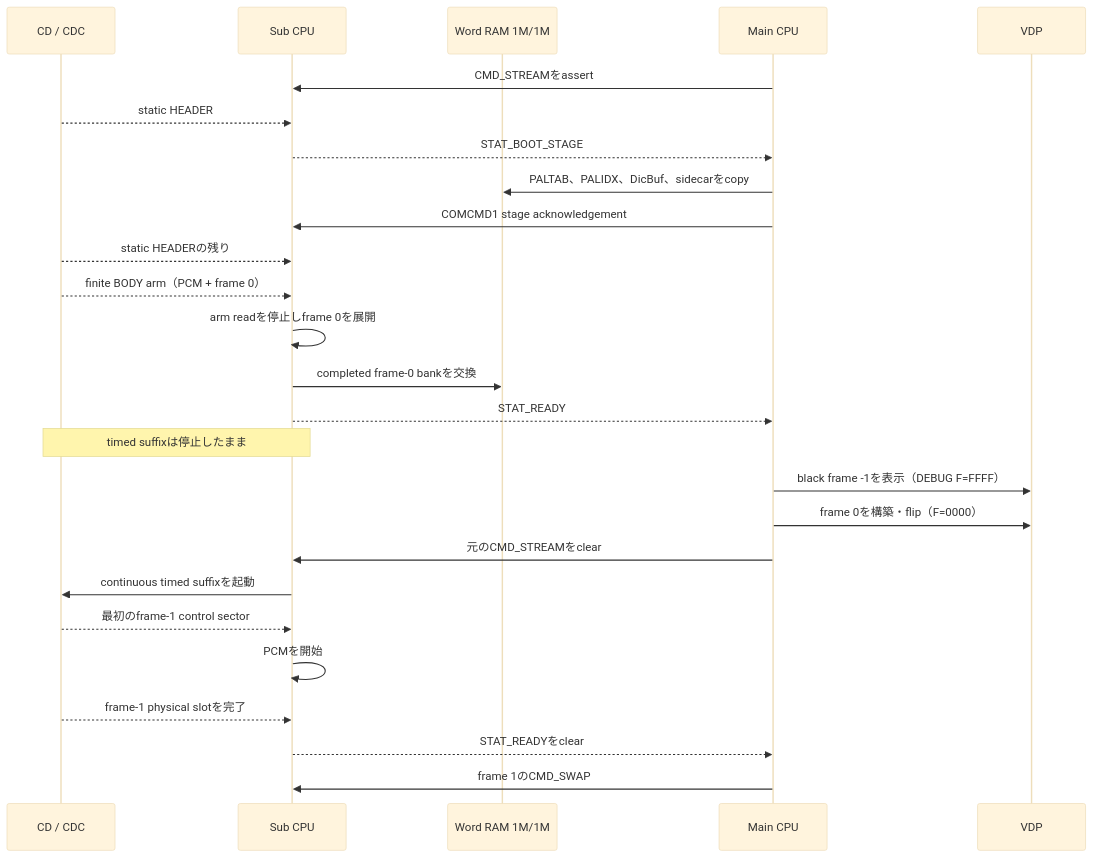
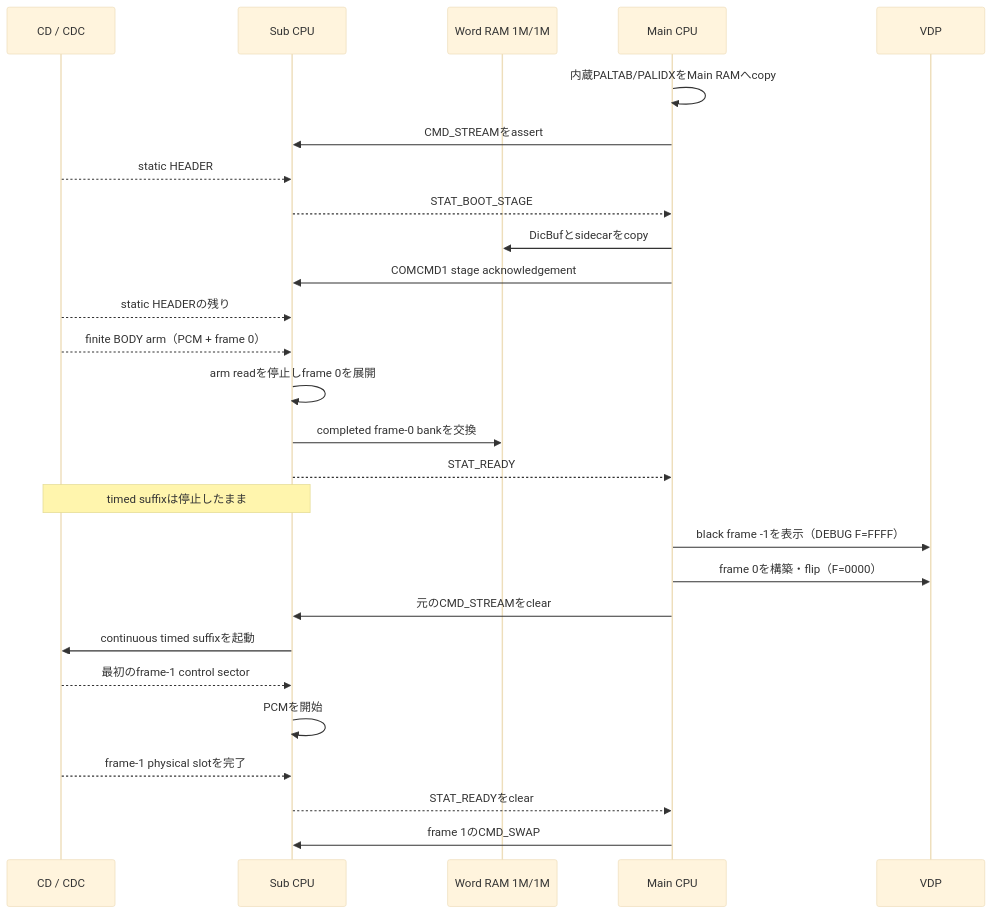
The third of 4 diagrams in PLAYER.md (akiyan/segacd-fmv-cavc), drawn with Mermaid (base theme) before and after one commit. The commit also changed other lines of this file and 4 other files, not shown here.

````diff
--- a/PLAYER.md
+++ b/PLAYER.md
@@ -511,29 +516,30 @@
 ```mermaid
 sequenceDiagram
     participant CD as CD / CDC
     participant S as Sub CPU
     participant W as Word RAM 1M/1M
     participant M as Main CPU
     participant V as VDP
 
+    M->>M: 内蔵PALTAB/PALIDXをMain RAMへcopy
     M->>S: CMD_STREAMをassert
     CD-->>S: static HEADER
     S-->>M: STAT_BOOT_STAGE
-    M->>W: PALTAB、PALIDX、DicBuf、sidecarをcopy
+    M->>W: DicBufとsidecarをcopy
     M->>S: COMCMD1 stage acknowledgement
     CD-->>S: static HEADERの残り
     CD-->>S: finite BODY arm（PCM + frame 0）
     S->>S: arm readを停止しframe 0を展開
     S->>W: completed frame-0 bankを交換
     S-->>M: STAT_READY
     Note over S,CD: timed suffixは停止したまま
     M->>V: black frame -1を表示（DEBUG F=FFFF）
     M->>V: frame 0を構築・flip（F=0000）
     M->>S: 元のCMD_STREAMをclear
     S->>CD: continuous timed suffixを起動
     CD-->>S: 最初のframe-1 control sector
     S->>S: PCMを開始
     CD-->>S: frame-1 physical slotを完了
     S-->>M: STAT_READYをclear
     M->>S: frame 1のCMD_SWAP
 ```
````
